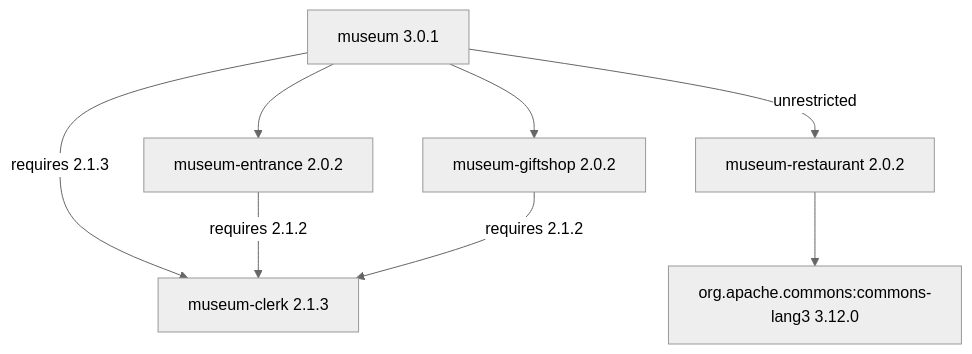
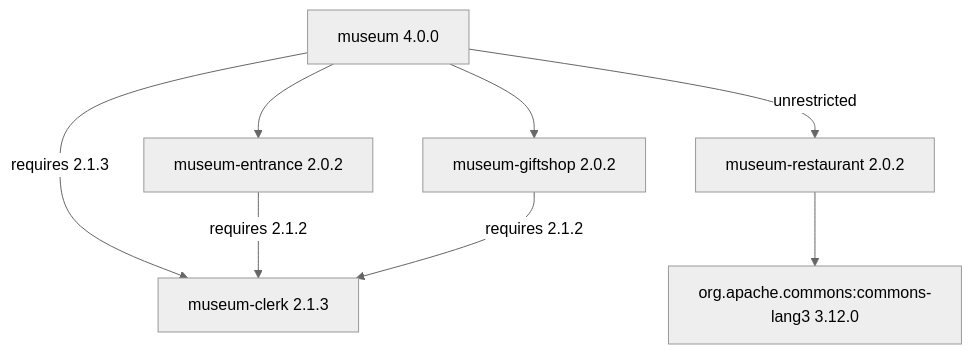
Before and after one commit to flix/museum: the diagram in README.md, drawn with Mermaid (neutral theme). The commit also changed other lines of this file and 1 other file, not shown here.

````diff
--- a/README.md
+++ b/README.md
@@ -23,10 +23,10 @@
 ```mermaid
 flowchart TD
-    M["museum 3.0.1"] --> E["museum-entrance 2.0.2"]
+    M["museum 4.0.0"] --> E["museum-entrance 2.0.2"]
     M --> G["museum-giftshop 2.0.2"]
     M -->|unrestricted| R["museum-restaurant 2.0.2"]
     M -->|requires 2.1.3| C["museum-clerk 2.1.3"]
     E -->|requires 2.1.2| C
     G -->|requires 2.1.2| C
     R --> J["org.apache.commons:commons-lang3 3.12.0"]
 ```
````
